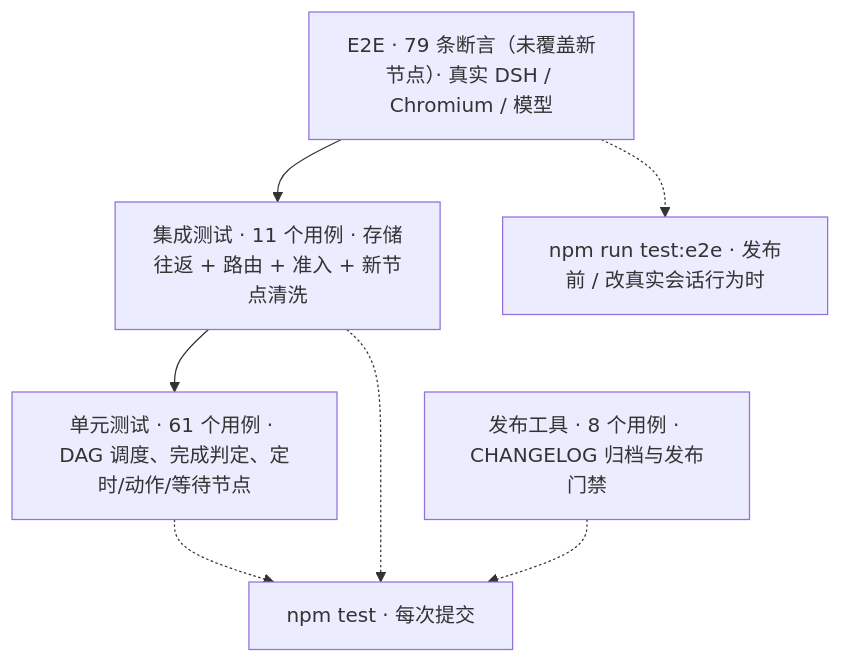
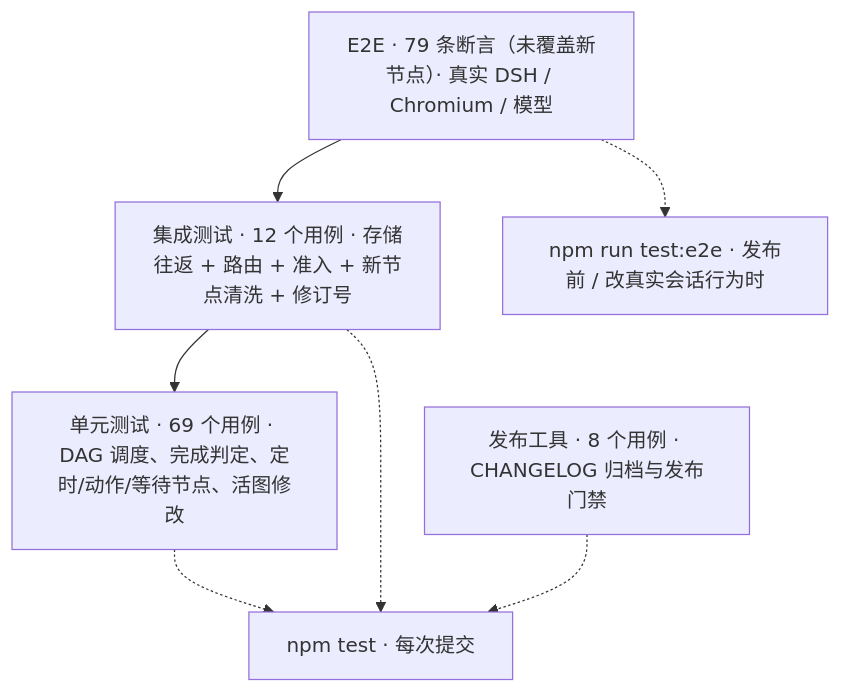
One commit to czyt1988/dsh-workflow-orchestrator changed the first of 2 diagrams in docs/dev/testing.md. Above: the diagram before and after it, drawn with Mermaid. The commit also changed other lines of this file and 11 other files, not shown here.

First line of the commit message:
docs: document the live graph and refresh source line anchors

````diff
--- a/docs/dev/testing.md
+++ b/docs/dev/testing.md
@@ -14,12 +14,12 @@
 ```mermaid
 flowchart TB
   A["E2E · 79 条断言（未覆盖新节点）· 真实 DSH / Chromium / 模型"]
-  B["集成测试 · 11 个用例 · 存储往返 + 路由 + 准入 + 新节点清洗"]
-  C["单元测试 · 61 个用例 · DAG 调度、完成判定、定时/动作/等待节点"]
+  B["集成测试 · 12 个用例 · 存储往返 + 路由 + 准入 + 新节点清洗 + 修订号"]
+  C["单元测试 · 69 个用例 · DAG 调度、完成判定、定时/动作/等待节点、活图修改"]
   D["发布工具 · 8 个用例 · CHANGELOG 归档与发布门禁"]
   A --> B --> C
   C -.-> E["npm test · 每次提交"]
   B -.-> E
   D -.-> E
   A -.-> F["npm run test:e2e · 发布前 / 改真实会话行为时"]
 ```
````
